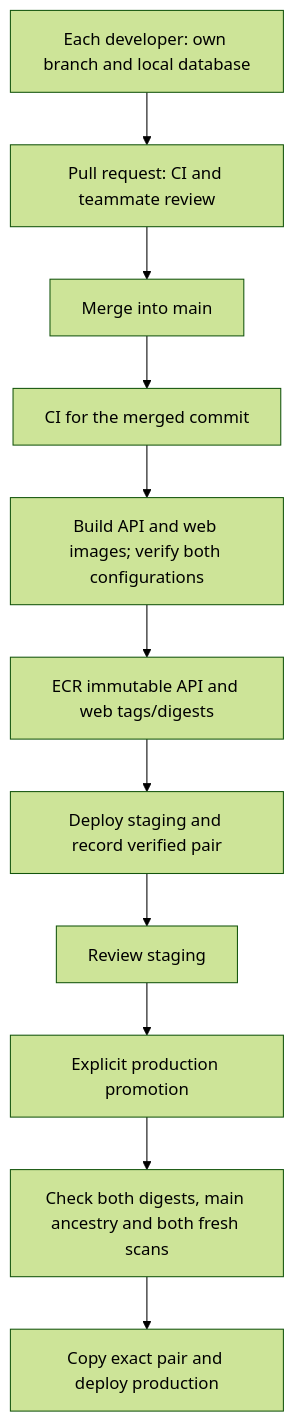
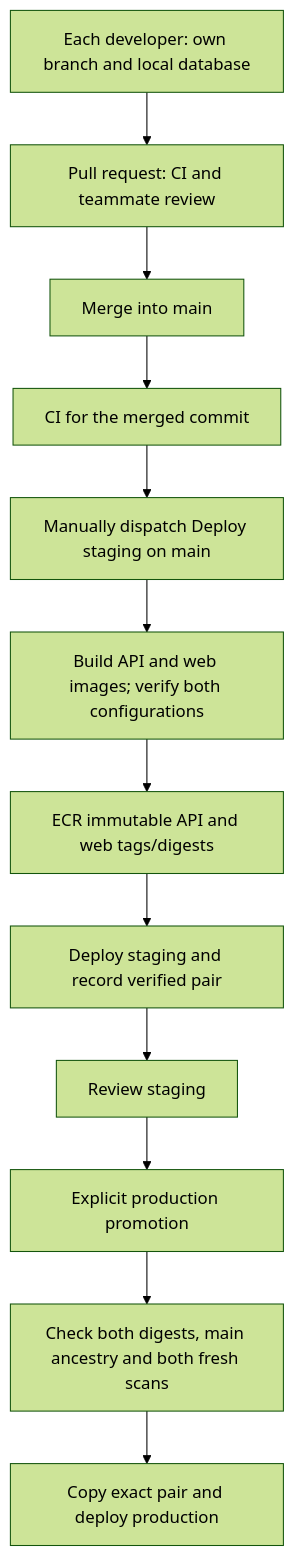
One commit to joshrice171723-creator/meta_clinic changed the diagram in APPlyVault/03 Execution/CICD.md. Above: the diagram before and after it, drawn with Mermaid (forest theme). The commit also changed other lines of this file and 5 other files, not shown here.

````diff
--- a/APPlyVault/03 Execution/CICD.md
+++ b/APPlyVault/03 Execution/CICD.md
@@ -297,13 +297,14 @@
 ```mermaid
 flowchart TD
     A[Each developer: own branch and local database] --> B[Pull request: CI and teammate review]
     B --> C[Merge into main]
     C --> D[CI for the merged commit]
-    D --> E[Build API and web images; verify both configurations]
-    E --> F[ECR immutable API and web tags/digests]
-    F --> G[Deploy staging and record verified pair]
-    G --> H[Review staging]
-    H --> I[Explicit production promotion]
-    I --> J[Check both digests, main ancestry and both fresh scans]
-    J --> K[Copy exact pair and deploy production]
+    D --> E[Manually dispatch Deploy staging on main]
+    E --> F[Build API and web images; verify both configurations]
+    F --> G[ECR immutable API and web tags/digests]
+    G --> H[Deploy staging and record verified pair]
+    H --> I[Review staging]
+    I --> J[Explicit production promotion]
+    J --> K[Check both digests, main ancestry and both fresh scans]
+    K --> L[Copy exact pair and deploy production]
 ```
````
